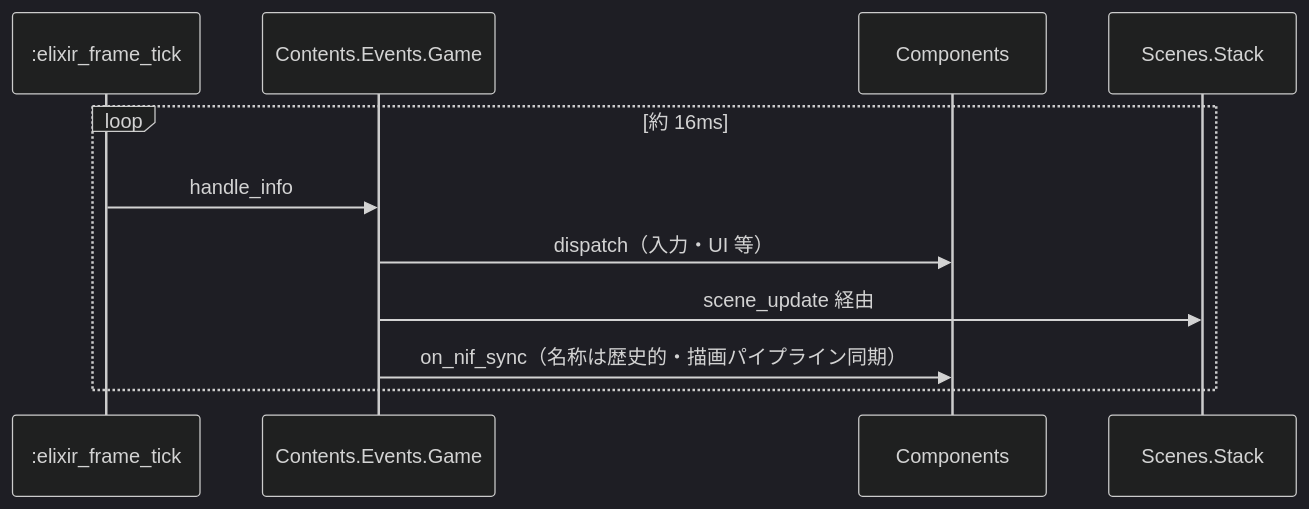
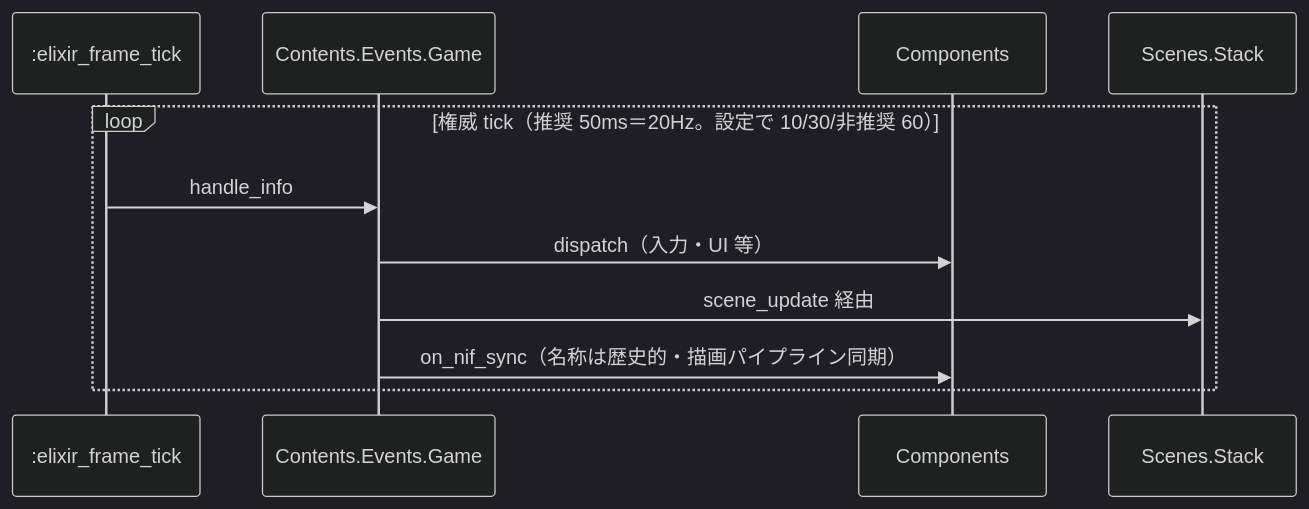
One commit to FRICK-ELDY/alchemy-engine changed the fifth of 10 diagrams in docs/architecture/overview.md. Above: the diagram before and after it, drawn with Mermaid (dark theme). The commit also changed other lines of this file and 37 other files, not shown here.

````diff
--- a/docs/architecture/overview.md
+++ b/docs/architecture/overview.md
@@ -190,14 +191,14 @@
 ```mermaid
 sequenceDiagram
     participant T as :elixir_frame_tick
     participant GE as Contents.Events.Game
     participant COMP as Components
     participant SS as Scenes.Stack
 
-    loop 約 16ms
+    loop 権威 tick（推奨 50ms＝20Hz。設定で 10/30/非推奨 60）
         T->>GE: handle_info
         GE->>COMP: dispatch（入力・UI 等）
         GE->>SS: scene_update 経由
         GE->>COMP: on_nif_sync（名称は歴史的・描画パイプライン同期）
     end
 ```
````
